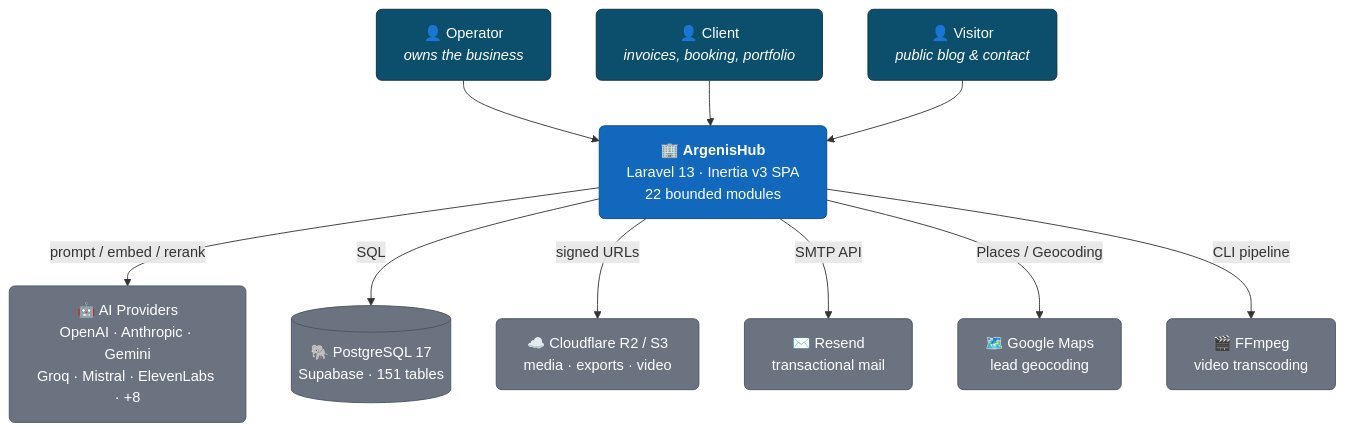
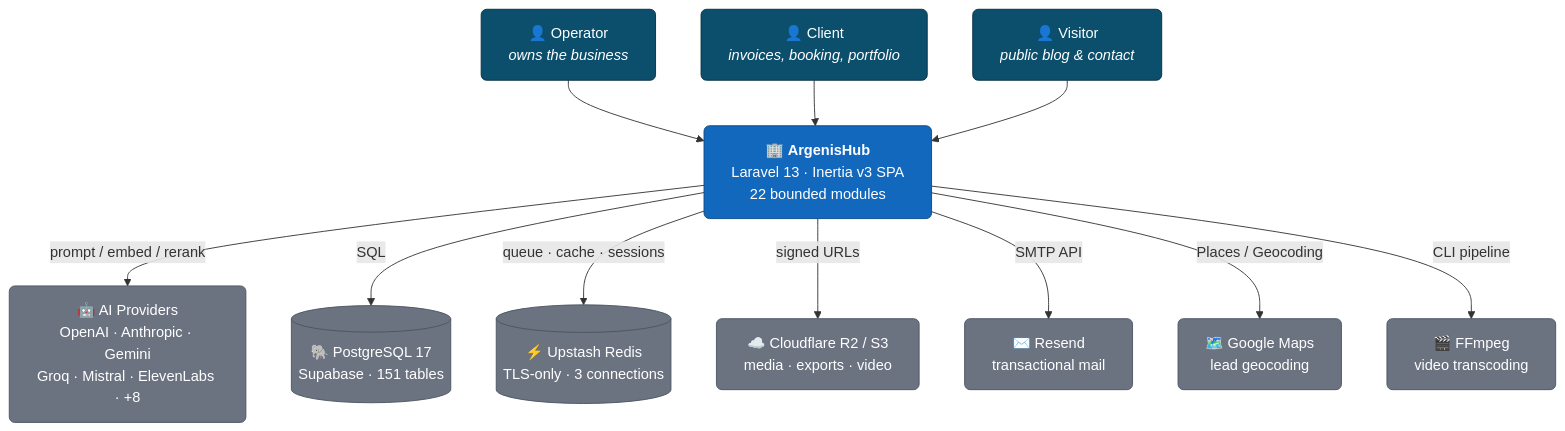
The first of 8 diagrams in README.md (argenisdev692/argenis-hub), drawn with Mermaid before and after one commit. The commit also changed other lines of this file, not shown here.

````diff
--- a/README.md
+++ b/README.md
@@ -93,30 +93,32 @@
 ```mermaid
 flowchart TB
     classDef person fill:#0B4F6C,stroke:#062E3F,color:#fff,rx:6,ry:6
     classDef system fill:#1168BD,stroke:#0B4884,color:#fff,rx:6,ry:6
     classDef ext fill:#6B7280,stroke:#4B5563,color:#fff,rx:6,ry:6
 
     Operator["👤 Operator<br/><i>owns the business</i>"]:::person
     Client["👤 Client<br/><i>invoices, booking, portfolio</i>"]:::person
     Visitor["👤 Visitor<br/><i>public blog & contact</i>"]:::person
 
     Hub["🏢 <b>ArgenisHub</b><br/>Laravel 13 · Inertia v3 SPA<br/>22 bounded modules"]:::system
 
     AI["🤖 AI Providers<br/>OpenAI · Anthropic · Gemini<br/>Groq · Mistral · ElevenLabs · +8"]:::ext
     PG[("🐘 PostgreSQL 17<br/>Supabase · 151 tables")]:::ext
+    RD[("⚡ Upstash Redis<br/>TLS-only · 3 connections")]:::ext
     R2["☁️ Cloudflare R2 / S3<br/>media · exports · video"]:::ext
     Mail["✉️ Resend<br/>transactional mail"]:::ext
     Maps["🗺️ Google Maps<br/>lead geocoding"]:::ext
     FF["🎬 FFmpeg<br/>video transcoding"]:::ext
 
     Operator --> Hub
     Client --> Hub
     Visitor --> Hub
 
     Hub -->|"prompt / embed / rerank"| AI
     Hub -->|"SQL"| PG
+    Hub -->|"queue · cache · sessions"| RD
     Hub -->|"signed URLs"| R2
     Hub -->|"SMTP API"| Mail
     Hub -->|"Places / Geocoding"| Maps
     Hub -->|"CLI pipeline"| FF
 ```
````
